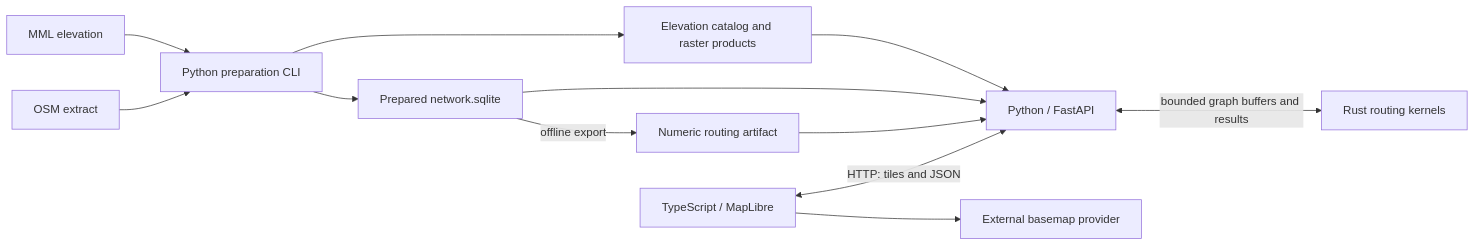
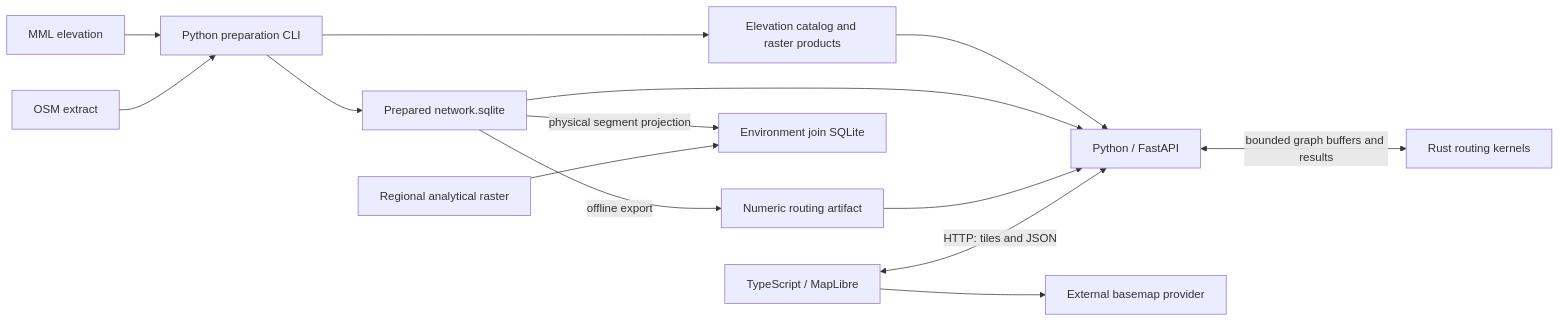
One commit to anttimc/runmap changed the diagram in docs/architecture.md. Above: the diagram before and after it, drawn with Mermaid. The commit also changed other lines of this file and 8 other files, not shown here.

Commit message:
Prepare environment fields on physical route segments

````diff
--- a/docs/architecture.md
+++ b/docs/architecture.md
@@ -10,14 +10,16 @@
 ```mermaid
 flowchart LR
     MML["MML elevation"] --> Prepare["Python preparation CLI"]
     OSM["OSM extract"] --> Prepare
     Prepare --> Terrain["Elevation catalog and raster products"]
     Prepare --> Network["Prepared network.sqlite"]
     Network -->|offline export| Numeric["Numeric routing artifact"]
+    Network -->|physical segment projection| EnvJoin["Environment join SQLite"]
+    EnvRaster["Regional analytical raster"] --> EnvJoin
     Terrain --> API["Python / FastAPI"]
     Network --> API
     Numeric --> API
     API <-->|"bounded graph buffers and results"| Rust["Rust routing kernels"]
     Browser["TypeScript / MapLibre"] <-->|"HTTP: tiles and JSON"| API
     Browser --> Basemap["External basemap provider"]
 ```
````
